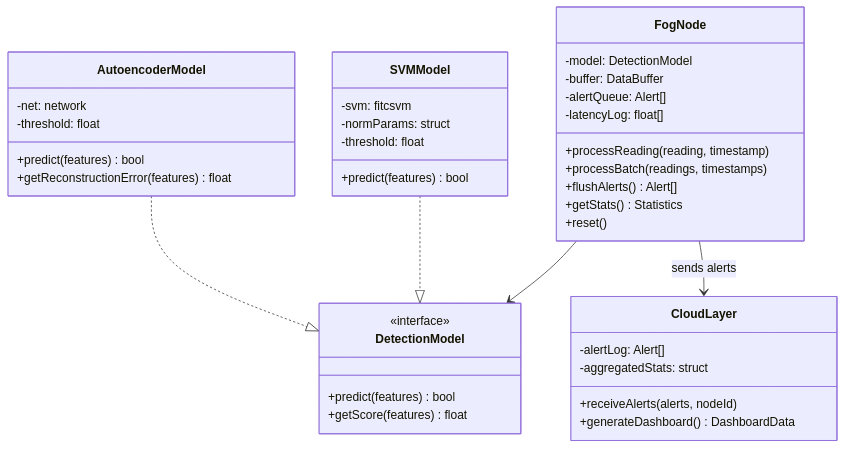
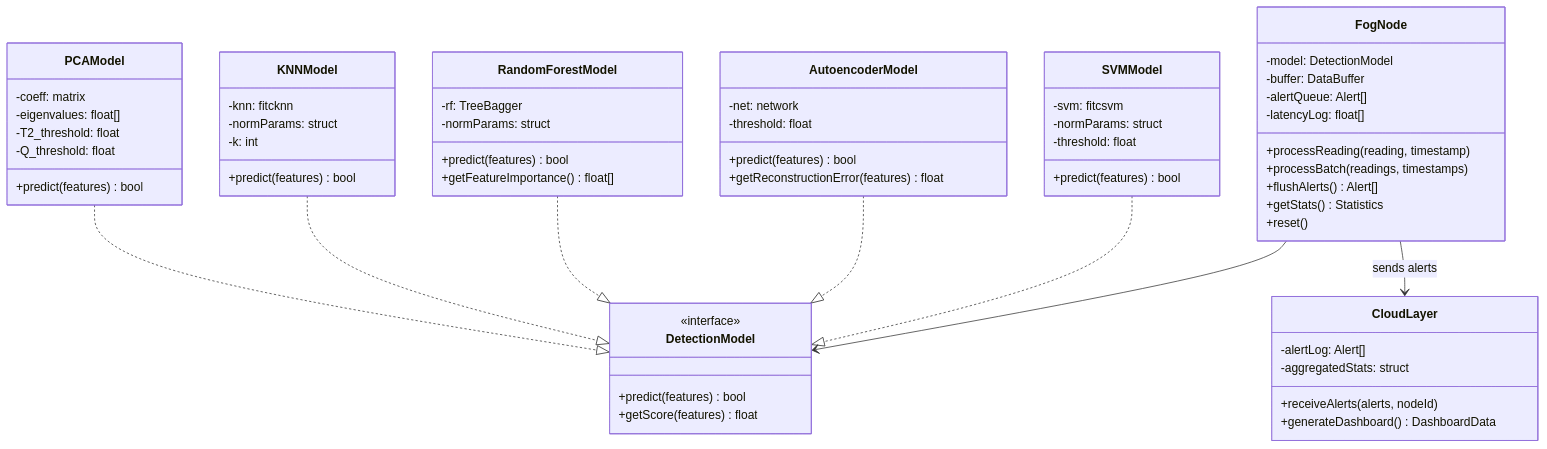
Before and after one commit to vanshitahujaa/FOG_PROJECT: the fourth of 8 diagrams in docs/ARCHITECTURE.md, drawn with Mermaid. The commit also changed other lines of this file and 8 other files, not shown here.

````diff
--- a/docs/ARCHITECTURE.md
+++ b/docs/ARCHITECTURE.md
@@ -132,46 +138,71 @@
 ```mermaid
 classDiagram
     class FogNode {
         -model: DetectionModel
         -buffer: DataBuffer
         -alertQueue: Alert[]
         -latencyLog: float[]
         +processReading(reading, timestamp)
         +processBatch(readings, timestamps)
         +flushAlerts() Alert[]
         +getStats() Statistics
         +reset()
     }
     
     class DetectionModel {
         <<interface>>
         +predict(features) bool
         +getScore(features) float
     }
     
     class SVMModel {
         -svm: fitcsvm
         -normParams: struct
         -threshold: float
         +predict(features) bool
     }
     
     class AutoencoderModel {
         -net: network
         -threshold: float
         +predict(features) bool
         +getReconstructionError(features) float
     }
     
+    class RandomForestModel {
+        -rf: TreeBagger
+        -normParams: struct
+        +predict(features) bool
+        +getFeatureImportance() float[]
+    }
+    
+    class KNNModel {
+        -knn: fitcknn
+        -normParams: struct
+        -k: int
+        +predict(features) bool
+    }
+    
+    class PCAModel {
+        -coeff: matrix
+        -eigenvalues: float[]
+        -T2_threshold: float
+        -Q_threshold: float
+        +predict(features) bool
+    }
+    
     class CloudLayer {
         -alertLog: Alert[]
         -aggregatedStats: struct
         +receiveAlerts(alerts, nodeId)
         +generateDashboard() DashboardData
     }
     
     FogNode --> DetectionModel
     SVMModel ..|> DetectionModel
     AutoencoderModel ..|> DetectionModel
+    RandomForestModel ..|> DetectionModel
+    KNNModel ..|> DetectionModel
+    PCAModel ..|> DetectionModel
     FogNode --> CloudLayer : sends alerts
 ```
````
